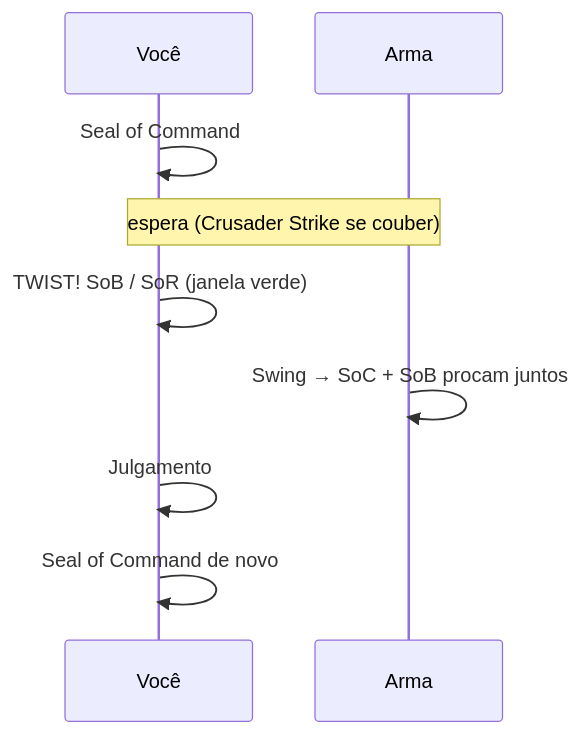
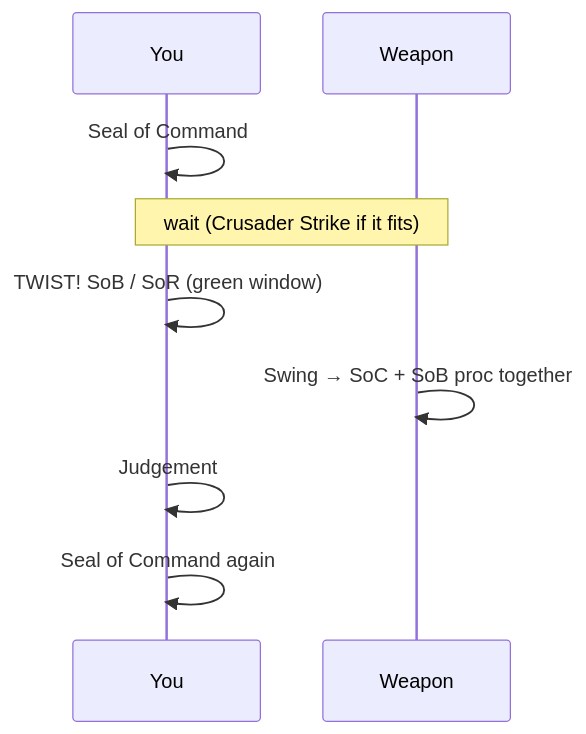
The first of 3 diagrams in README.md (SilvioDoMine/Silvio-Swinger-WoW-Addon), drawn with Mermaid before and after one commit. The commit also changed other lines of this file and 22 other files, not shown here.

First line of the commit message:
Add localization support and update swing timeline documentation

````diff
--- a/README.md
+++ b/README.md
@@ -13,11 +15,11 @@
 ```mermaid
 sequenceDiagram
-    participant P as Você
-    participant A as Arma
+    participant P as You
+    participant A as Weapon
     P->>P: Seal of Command
-    Note over P,A: espera (Crusader Strike se couber)
-    P->>P: TWIST! SoB / SoR (janela verde)
-    A->>A: Swing → SoC + SoB procam juntos
-    P->>P: Julgamento
-    P->>P: Seal of Command de novo
+    Note over P,A: wait (Crusader Strike if it fits)
+    P->>P: TWIST! SoB / SoR (green window)
+    A->>A: Swing → SoC + SoB proc together
+    P->>P: Judgement
+    P->>P: Seal of Command again
 ```
````
